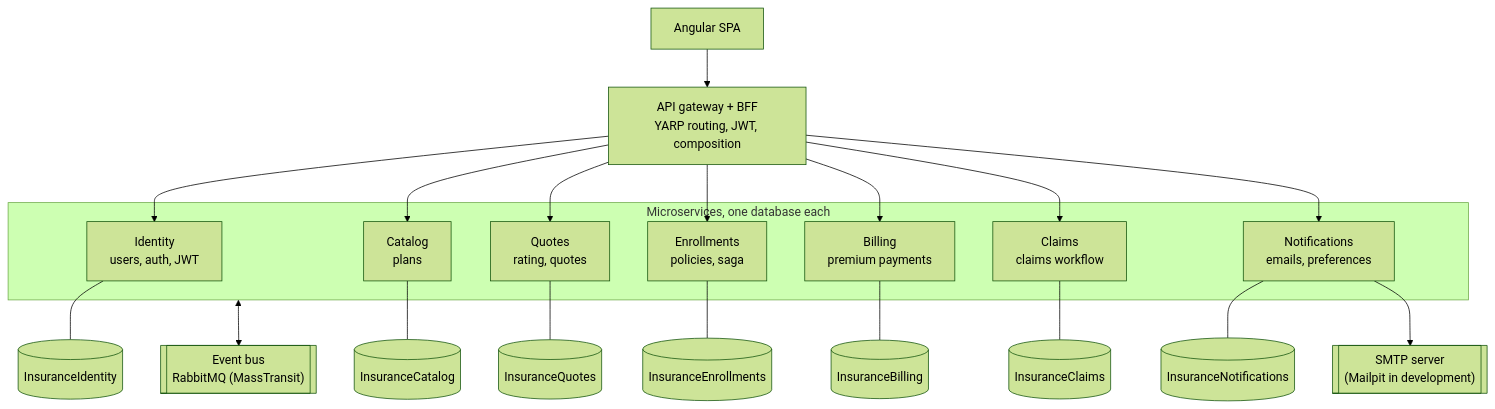
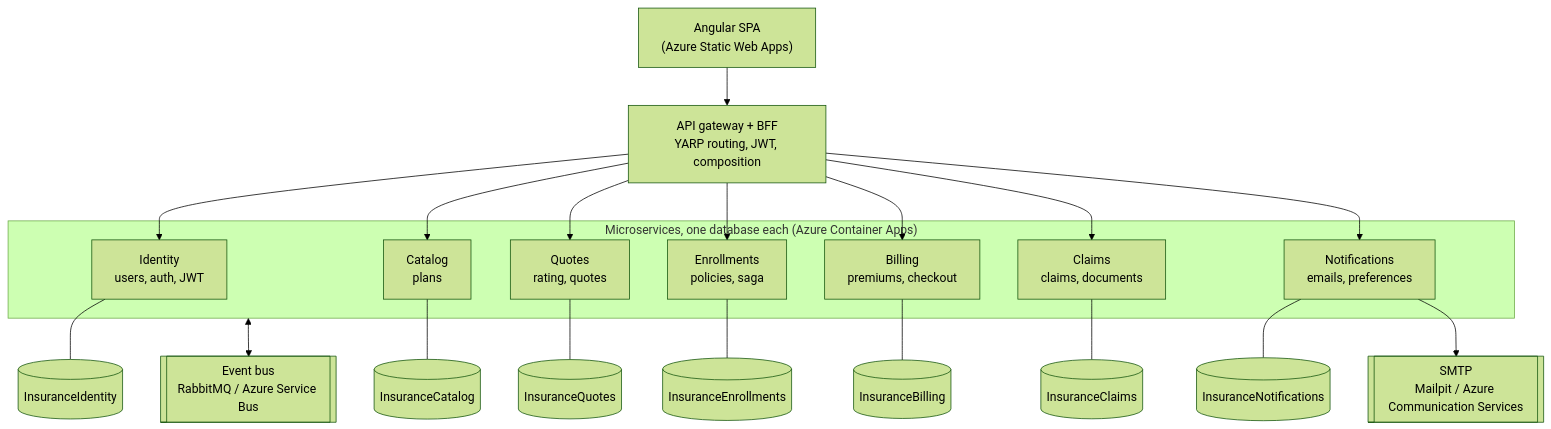
The first of 2 diagrams in README.md (organizedanvrchy/Insurance-Full-Stack-App-MSA), drawn with Mermaid (forest theme) before and after one commit. The commit also changed other lines of this file and 9 other files, not shown here.

First line of the commit message:
Update architecture documentation and images

````diff
--- a/README.md
+++ b/README.md
@@ -110,23 +96,23 @@
 ```mermaid
 flowchart TD
-    SPA["Angular SPA"] --> GW["API gateway + BFF<br/>YARP routing, JWT, composition"]
-    subgraph Microservices["Microservices, one database each"]
+    SPA["Angular SPA<br/>(Azure Static Web Apps)"] --> GW["API gateway + BFF<br/>YARP routing, JWT, composition"]
+    subgraph Microservices["Microservices, one database each (Azure Container Apps)"]
         ID["Identity<br/>users, auth, JWT"]
         CA["Catalog<br/>plans"]
         QU["Quotes<br/>rating, quotes"]
         EN["Enrollments<br/>policies, saga"]
-        BI["Billing<br/>premium payments"]
-        CL["Claims<br/>claims workflow"]
+        BI["Billing<br/>premiums, checkout"]
+        CL["Claims<br/>claims, documents"]
         NO["Notifications<br/>emails, preferences"]
     end
     GW --> ID & CA & QU & EN & BI & CL & NO
     ID --- IDB[("InsuranceIdentity")]
     CA --- CDB[("InsuranceCatalog")]
     QU --- QDB[("InsuranceQuotes")]
     EN --- EDB[("InsuranceEnrollments")]
     BI --- BDB[("InsuranceBilling")]
     CL --- KDB[("InsuranceClaims")]
     NO --- NDB[("InsuranceNotifications")]
-    Microservices <--> BUS[["Event bus<br/>RabbitMQ (MassTransit)"]]
-    NO --> SMTP[["SMTP server<br/>(Mailpit in development)"]]
+    Microservices <--> BUS[["Event bus<br/>RabbitMQ / Azure Service Bus"]]
+    NO --> SMTP[["SMTP<br/>Mailpit / Azure Communication Services"]]
 ```
````
